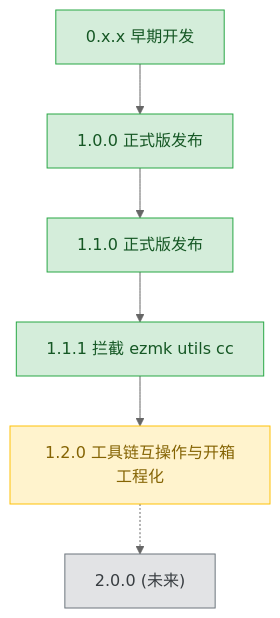
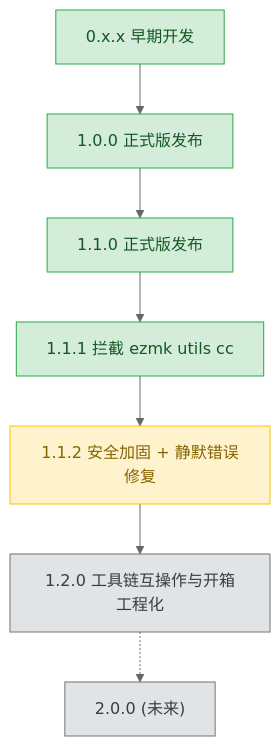
The diagram in plans/README.md (3667808244/EazyMake), drawn with Mermaid (neutral theme) before and after one commit. The commit also changed other lines of this file and 3 other files, not shown here.

First line of the commit message:
docs(plan): 新增 1.1.2 版本计划（安全加固 + 静默错误修复），plan.md 切换为 1.1.2

````diff
--- a/plans/README.md
+++ b/plans/README.md
@@ -57,23 +62,25 @@
 ```mermaid
 graph TD
     v0xx["0.x.x 早期开发"]
     v100["1.0.0 正式版发布"]
     v110["1.1.0 正式版发布"]
     v111["1.1.1 拦截 ezmk utils cc"]
+    v112["1.1.2 安全加固 + 静默错误修复"]
     v120["1.2.0 工具链互操作与开箱工程化"]
     v200["2.0.0 (未来)"]
 
     v0xx --> v100
     v100 --> v110
     v110 --> v111
-    v111 --> v120
+    v111 --> v112
+    v112 --> v120
     v120 -.-> v200
 
     classDef done fill:#d4edda,stroke:#28a745,color:#155724;
     classDef active fill:#fff3cd,stroke:#ffc107,color:#856404;
     classDef todo fill:#e2e3e5,stroke:#6c757d,color:#383d41;
 
     class v0xx,v100,v110,v111 done;
-    class v120 active;
-    class v200 todo;
+    class v112 active;
+    class v120,v200 todo;
 ```
````
